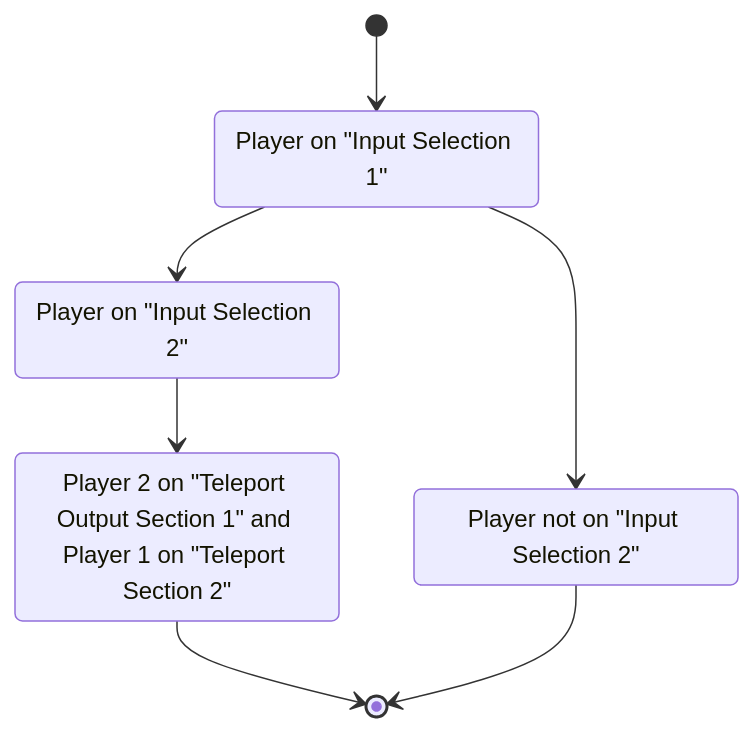
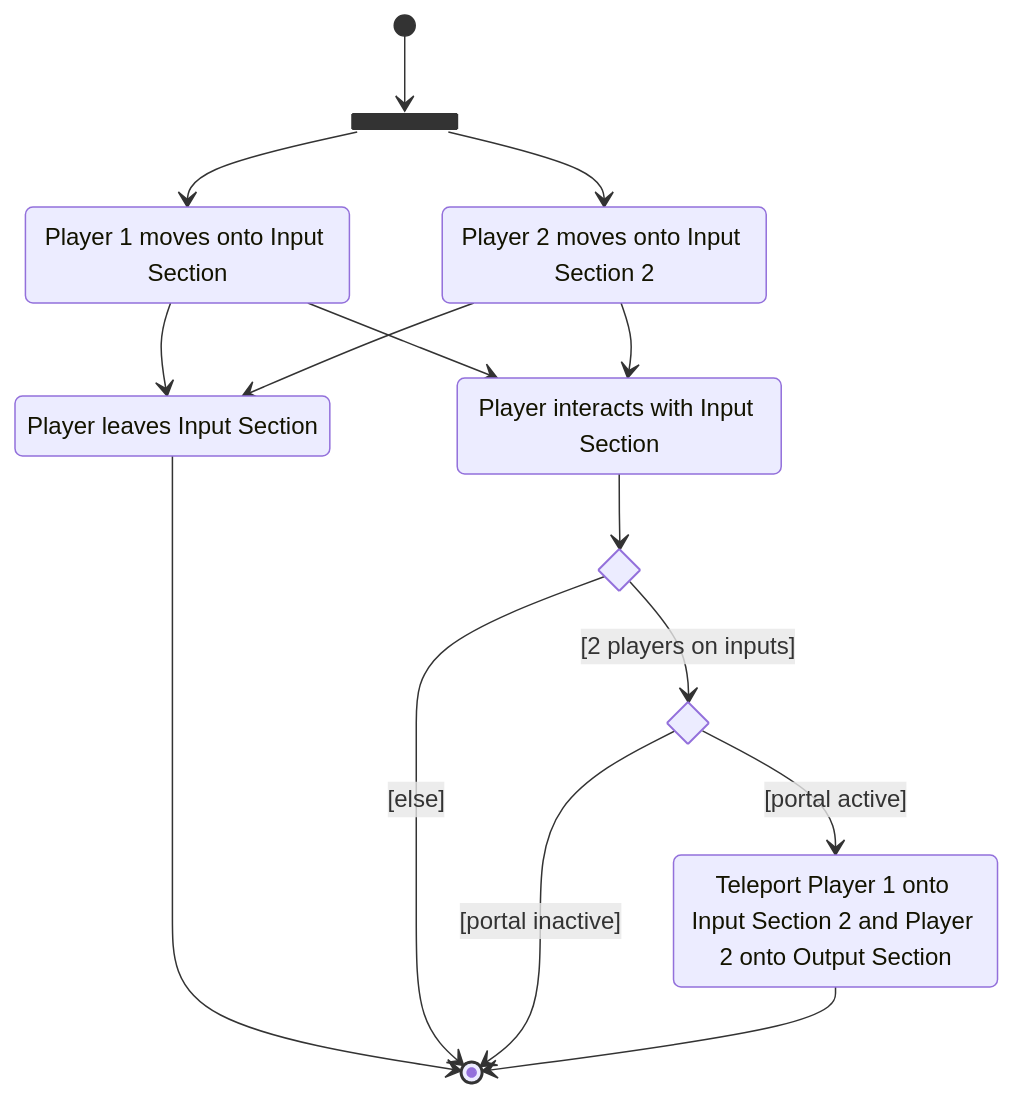
The fifth of 7 diagrams in documentation/topics/2-5-2-Use-Case-Model.md (nemoboi/FP2024), drawn with Mermaid before and after one commit. The commit also changed other lines of this file, not shown here.

Commit message:
Activity Diagrams

````diff
--- a/documentation/topics/2-5-2-Use-Case-Model.md
+++ b/documentation/topics/2-5-2-Use-Case-Model.md
@@ -17,13 +84,25 @@
 ```Mermaid
 stateDiagram-v2
-[*] --> P1
-P1: Player on "Input Selection 1"
-P2: Player on "Input Selection 2"
-PN2: Player not on "Input Selection 2"
-P21P12: Player 2 on "Teleport Output Section 1" and Player 1 on "Teleport Section 2"
-P1 --> P2
-P1 --> PN2
-P2 --> P21P12
-P21P12 --> [*]
-PN2 --> [*]
+state if_state <<choice>>
+state if_state2 <<choice>>
+state fork_state <<fork>>
+[*] --> fork_state
+fork_state --> P1
+fork_state --> P2
+P1: Player 1 moves onto Input Section
+P2: Player 2 moves onto Input Section 2
+P1 --> P0
+P1 --> Press
+P2 --> P0
+P2 --> Press
+P0: Player leaves Input Section
+Press: Player interacts with Input Section
+P0 --> [*]
+Press --> if_state
+if_state --> [*]: [else]
+if_state --> if_state2: [2 players on inputs]
+if_state2 --> [*]: [portal inactive]
+if_state2 --> Teleport: [portal active]
+Teleport: Teleport Player 1 onto Input Section 2 and Player 2 onto Output Section
+Teleport --> [*]
 ```
````
